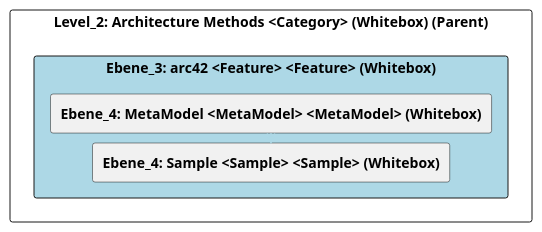
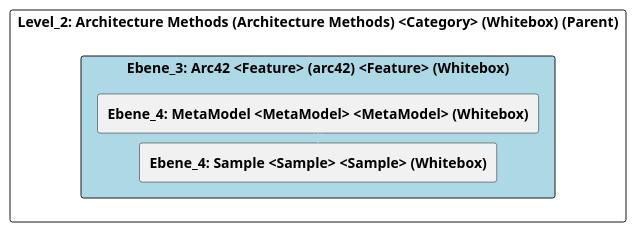
Before and after one commit to marcozwyssig/cleon: the diagram in doc/cleonproject_deliverables_architecture_model_architecture/adoc/de/05_bausteinsicht/cleon/architecture_methods/arc42/ebene_3_arc42.adoc, drawn with PlantUML. The commit also changed other lines of this file and 166 other files, not shown here.

```diff
--- a/doc/cleonproject_deliverables_architecture_model_architecture/adoc/de/05_bausteinsicht/cleon/architecture_methods/arc42/ebene_3_arc42.adoc
+++ b/doc/cleonproject_deliverables_architecture_model_architecture/adoc/de/05_bausteinsicht/cleon/architecture_methods/arc42/ebene_3_arc42.adoc
@@ -20,28 +20,28 @@
-[plantuml, Ebene_3: arc42 <Feature> <Feature> (Whitebox)BlockOverview, format="svg"]
+[plantuml, Ebene_3: Arc42 <Feature> (arc42) <Feature> (Whitebox)BlockOverview, format="svg"]
 ----
-@startuml Ebene_3: arc42 <Feature> <Feature> (Whitebox)BuildingBlockOverview
+@startuml Ebene_3: Arc42 <Feature> (arc42) <Feature> (Whitebox)BuildingBlockOverview
 
 skinparam ranksep 10
 skinparam componentStyle rectangle
 skinparam shadowing false
 skinparam arrowColor lightblue
 skinparam arrowThickness 1.2
 skinparam rectangle {
   BackgroundColor White
   BorderColor #333
   RoundCorner 10
 }
 top to bottom direction
 
-component "Level_2: Architecture Methods <Category> (Whitebox) (Parent)" {
-    component "Ebene_3: arc42 <Feature> <Feature> (Whitebox)" #lightblue {
+component "Level_2: Architecture Methods (Architecture Methods) <Category> (Whitebox) (Parent)" {
+    component "Ebene_3: Arc42 <Feature> (arc42) <Feature> (Whitebox)" #lightblue {
         [**Ebene_4: MetaModel <MetaModel> <MetaModel> (Whitebox)**] as 4A57056E_D579_11EE_903E_9F564E4DE07E
         [**Ebene_4: Sample <Sample> <Sample> (Whitebox)**] as 4A56DE47_D579_11EE_903E_9F564E4DE07E
     }
 
     4A57056E_D579_11EE_903E_9F564E4DE07E -down-> 4A56DE47_D579_11EE_903E_9F564E4DE07E
     
 }
 
 @enduml
 ----
```
